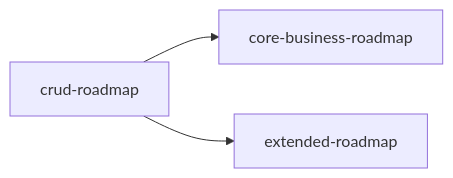
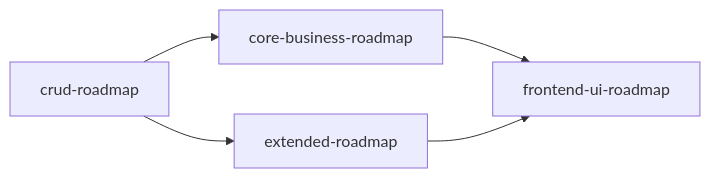
The diagram in docs/backlog/implementation-roadmap.md (entropy-cloud/nop-app-erp), drawn with Mermaid before and after one commit. The commit also changed other lines of this file and 10 other files, not shown here.

First line of the commit message:
docs(erp): plan-2026-07-19-0849 docs/log/roadmap update

````diff
--- a/docs/backlog/implementation-roadmap.md
+++ b/docs/backlog/implementation-roadmap.md
@@ -15,5 +16,7 @@
 ```mermaid
 graph LR
     CRUD[crud-roadmap] --> Core[core-business-roadmap]
     CRUD --> Ext[extended-roadmap]
+    Core --> Frontend[frontend-ui-roadmap]
+    Ext --> Frontend
 ```
````
